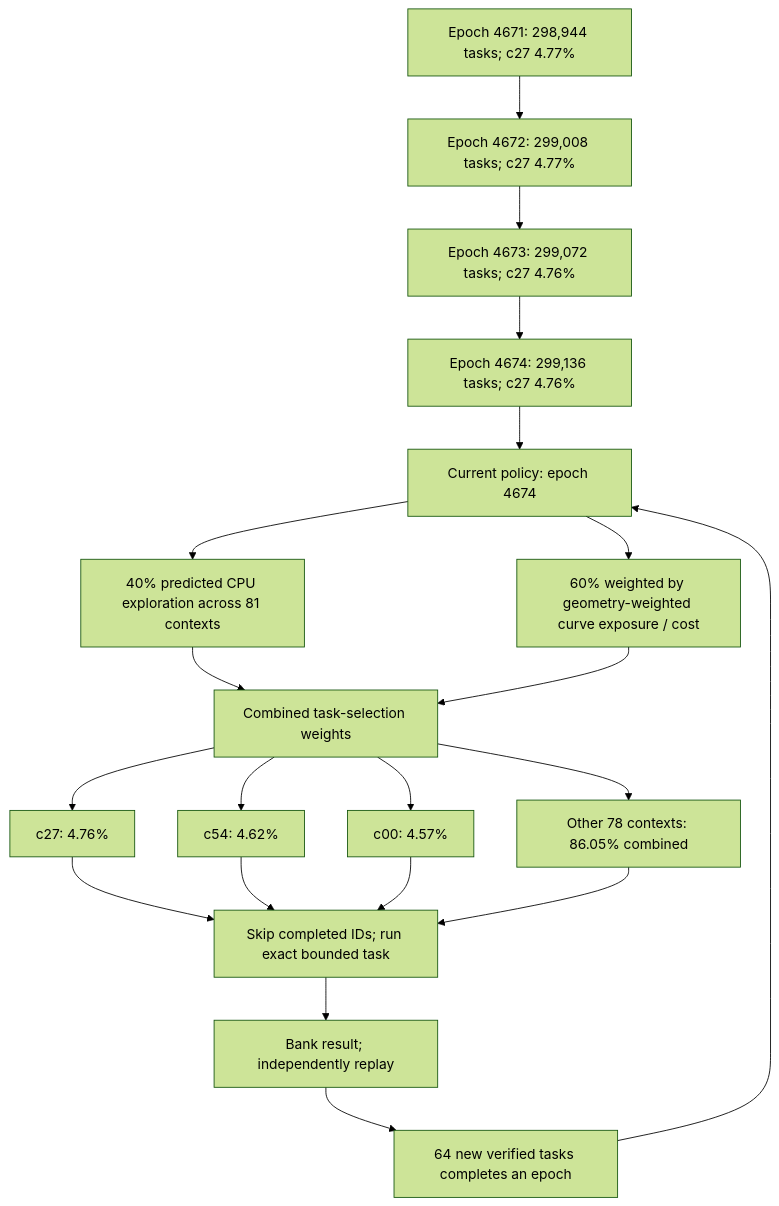
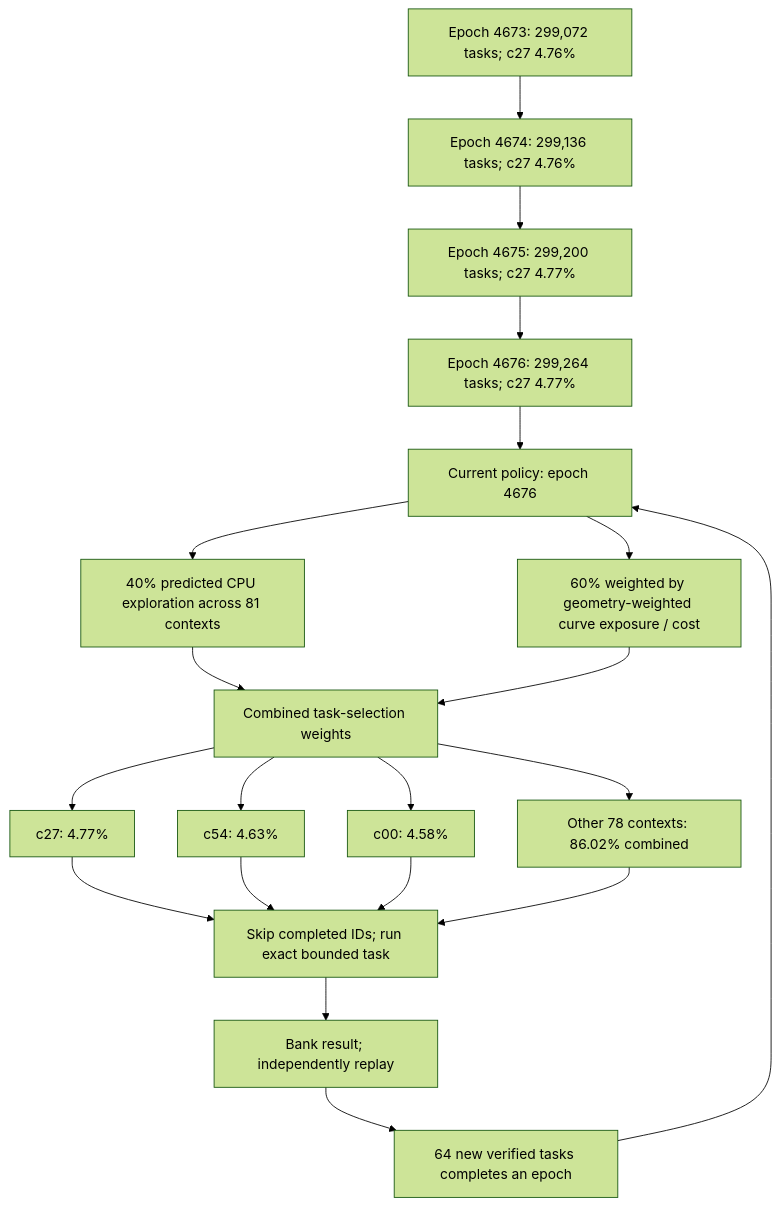
The first of 3 diagrams in README.md (Kuberwastaken/math-gambling), drawn with Mermaid (forest theme) before and after one commit. The commit also changed other lines of this file and 2586 other files, not shown here.

````diff
--- a/README.md
+++ b/README.md
@@ -60,27 +60,27 @@
 ```mermaid
 flowchart TD
-    H0["Epoch 4671: 298,944 tasks; c27 4.77%"]
-    H1["Epoch 4672: 299,008 tasks; c27 4.77%"]
+    H0["Epoch 4673: 299,072 tasks; c27 4.76%"]
+    H1["Epoch 4674: 299,136 tasks; c27 4.76%"]
     H0 --> H1
-    H2["Epoch 4673: 299,072 tasks; c27 4.76%"]
+    H2["Epoch 4675: 299,200 tasks; c27 4.77%"]
     H1 --> H2
-    H3["Epoch 4674: 299,136 tasks; c27 4.76%"]
+    H3["Epoch 4676: 299,264 tasks; c27 4.77%"]
     H2 --> H3
-    Policy["Current policy: epoch 4674"]
+    Policy["Current policy: epoch 4676"]
     H3 --> Policy
     Policy --> Explore["40% predicted CPU exploration across 81 contexts"]
     Policy --> Cost["60% weighted by geometry-weighted curve exposure / cost"]
     Explore --> Mix["Combined task-selection weights"]
     Cost --> Mix
-    Mix --> C0["c27: 4.76%"]
-    Mix --> C1["c54: 4.62%"]
-    Mix --> C2["c00: 4.57%"]
-    Mix --> Rest["Other 78 contexts: 86.05% combined"]
+    Mix --> C0["c27: 4.77%"]
+    Mix --> C1["c54: 4.63%"]
+    Mix --> C2["c00: 4.58%"]
+    Mix --> Rest["Other 78 contexts: 86.02% combined"]
     C0 --> Check["Skip completed IDs; run exact bounded task"]
     C1 --> Check
     C2 --> Check
     Rest --> Check
     Check --> Replay["Bank result; independently replay"]
     Replay --> Gate["64 new verified tasks completes an epoch"]
     Gate --> Policy
 ```
````
